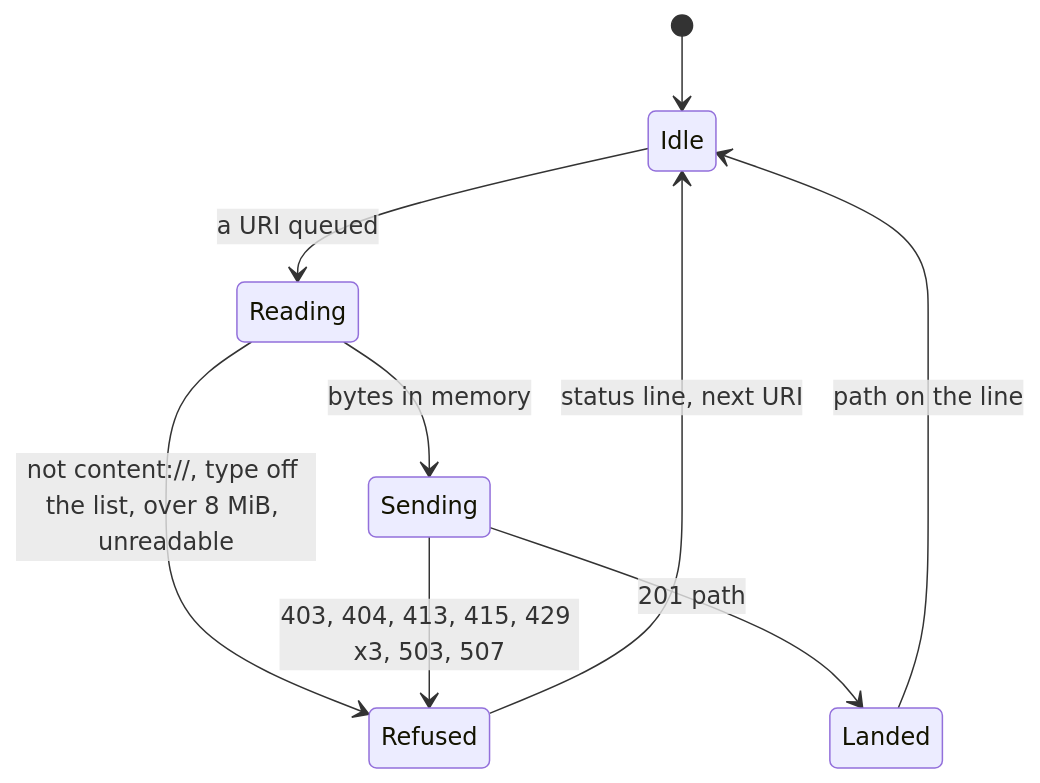
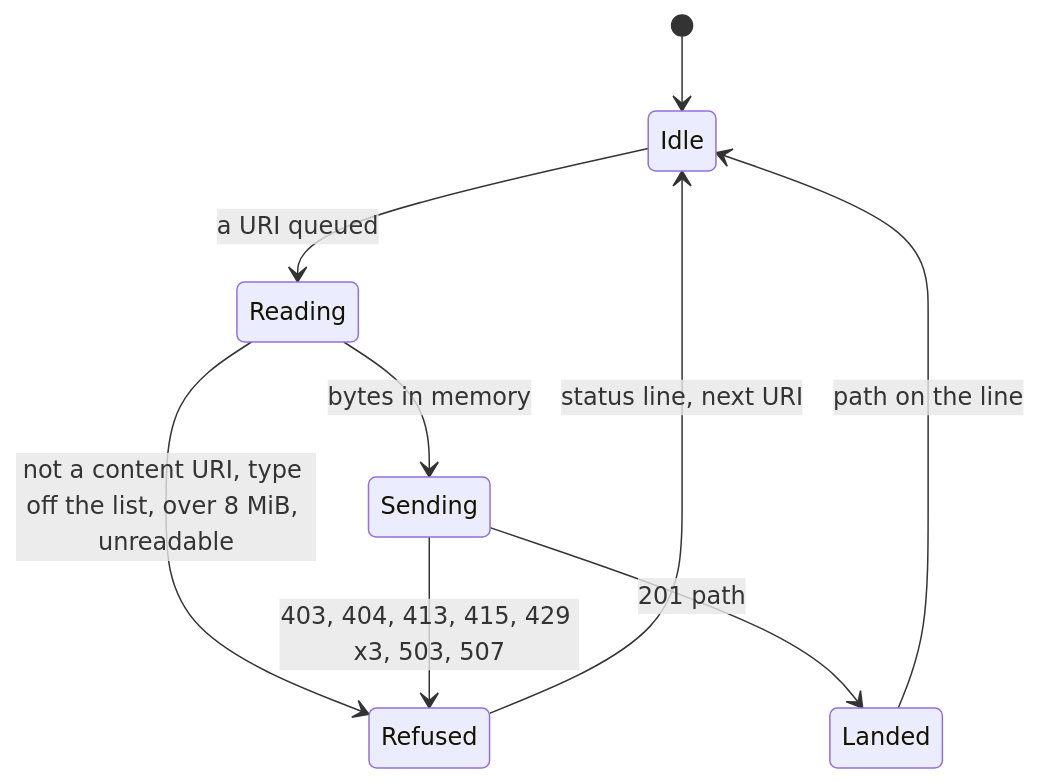
The second of 2 diagrams in docs/plans/2026-10-26-attachments.md (notmarkopadjen/muxway-android), drawn with Mermaid before and after one commit. The commit also changed 2 other files, not shown here.

Commit message:
Three plan diagrams GitHub could not draw
A semicolon in a sequence message, a second colon in a state transition
and bare quotes in a flowchart label are Mermaid syntax, not text.

````diff
--- a/docs/plans/2026-10-26-attachments.md
+++ b/docs/plans/2026-10-26-attachments.md
@@ -113,11 +113,11 @@
 ```mermaid
 stateDiagram-v2
     [*] --> Idle
     Idle --> Reading: a URI queued
-    Reading --> Refused: not content://, type off the list, over 8 MiB, unreadable
+    Reading --> Refused: not a content URI, type off the list, over 8 MiB, unreadable
     Refused --> Idle: status line, next URI
     Reading --> Sending: bytes in memory
     Sending --> Landed: 201 path
     Sending --> Refused: 403, 404, 413, 415, 429 x3, 503, 507
     Landed --> Idle: path on the line
 ```
````
